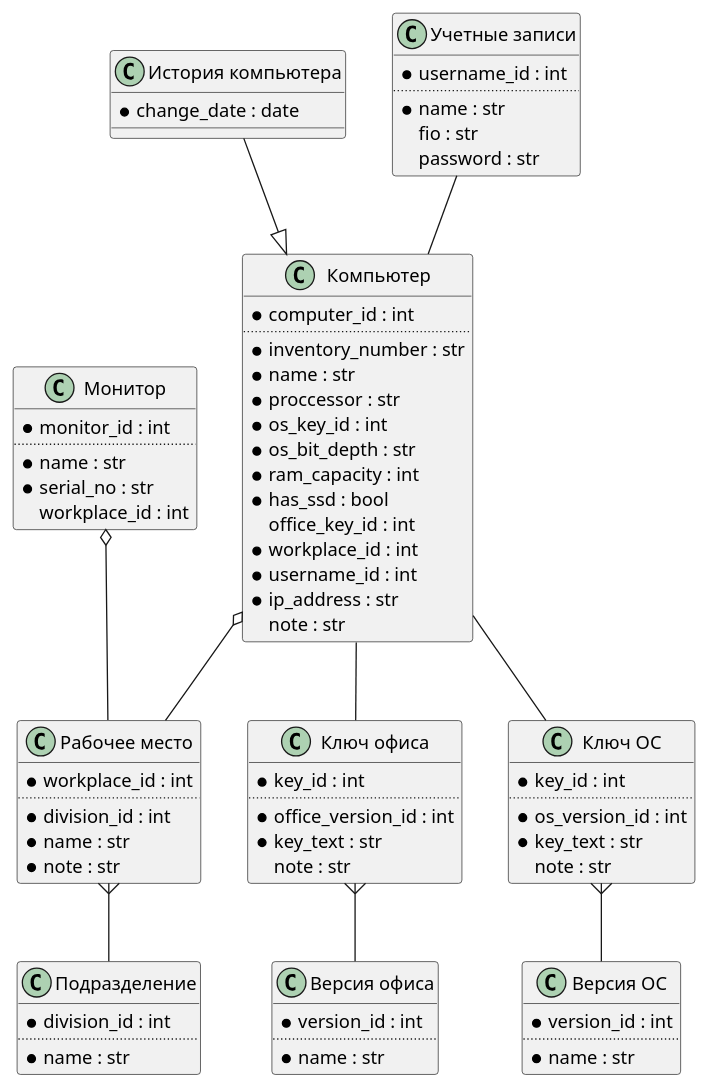
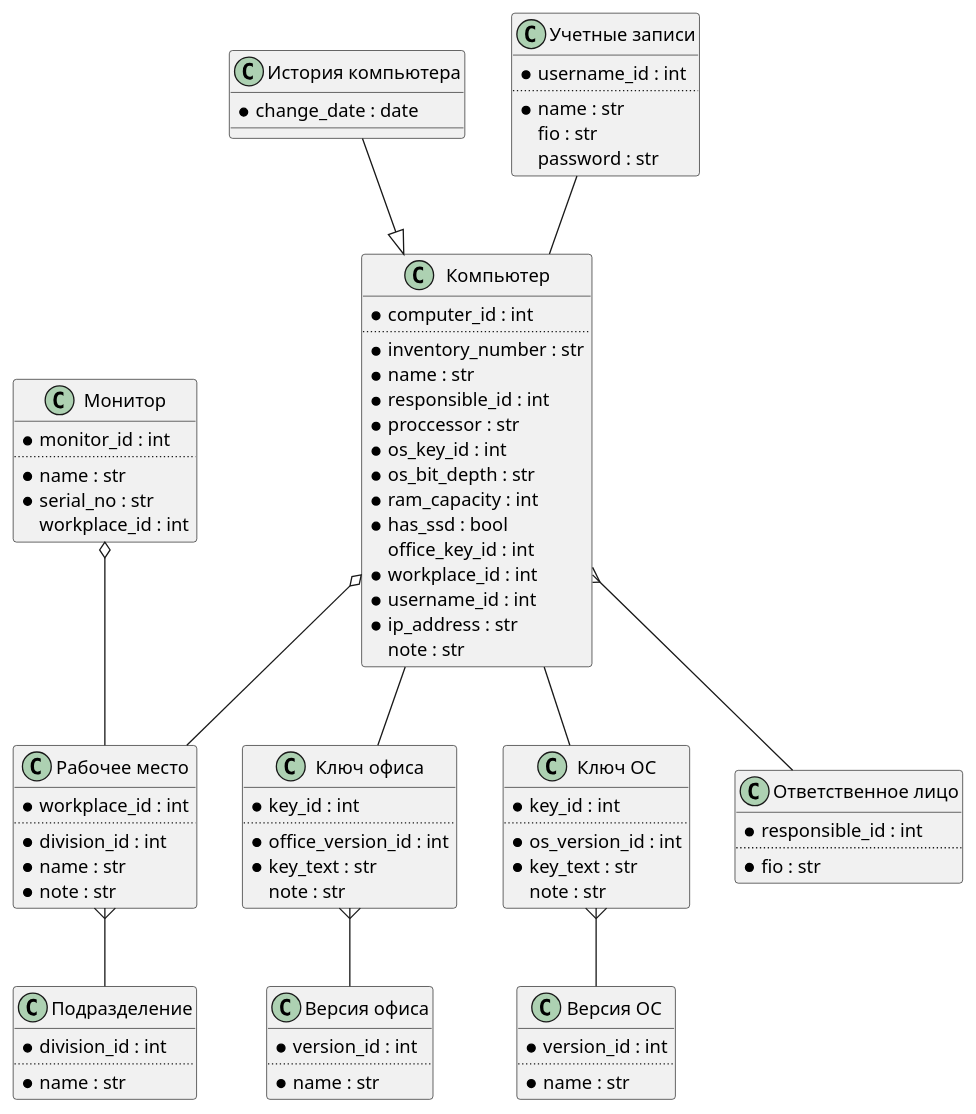
The diagram in database.plantuml (IamEvrik/ipce), drawn with PlantUML before and after one commit. The commit also changed 4 other files, not shown here.

```diff
--- a/database.plantuml
+++ b/database.plantuml
@@ -1,92 +1,101 @@
 @startuml
 
 class "Версия офиса" as OfficeVersion {
 	{field} *version_id : int
 	..
 	{field} *name : str
 }
 
 class "Ключ офиса" as OfficeKey {
 	{field} *key_id : int
 	..
 	{field} *office_version_id : int
 	{field} *key_text : str
 	{field} note : str
 }
 
 class "Версия ОС" as OSVersion {
 	{field} *version_id : int
 	..
 	{field} *name : str
 }
 
 class "Ключ ОС" as OSKey {
 	{field} *key_id : int
 	..
 	{field} *os_version_id : int
 	{field} *key_text : str
 	{field} note : str
 }
 
 class "Подразделение" as Division {
 	{field} *division_id : int
 	..
 	{field} *name : str
 }
 
 class "Рабочее место" as WorkPlace {
 	{field} *workplace_id : int
 	..
 	{field} *division_id : int
 	{field} *name : str
 	{field} *note : str
 } 
 
 class "Компьютер" as Computer {
 	{field} *computer_id : int
 	..
 	{field} *inventory_number : str
 	{field} *name : str
+	{field} *responsible_id : int
 	{field} *proccessor : str
 	{field} *os_key_id : int
 	{field} *os_bit_depth : str
 	{field} *ram_capacity : int
 	{field} *has_ssd : bool
 	{field} office_key_id : int
 	{field} *workplace_id : int
 	{field} *username_id : int
 	{field} *ip_address : str
 	{field} note : str
 }	
 
 class "История компьютера" as ComputerHistory {
 	{field} *change_date : date
 }
 
 class "Монитор" as Monitor {
 	{field} *monitor_id : int
 	..
 	{field} *name : str
 	{field} *serial_no : str
 	{field} workplace_id : int
 }
 
 class "Учетные записи" as UserName {
 	{field} *username_id : int
 	..
 	{field} *name : str
 	{field} fio : str
 	{field} password : str
 }
+
+class "Ответственное лицо" as Responsible {
+	{field} *responsible_id : int
+	..
+	{field} *fio : str
+} 
 		
 OfficeKey }-- OfficeVersion
 OSKey }-- OSVersion
 WorkPlace }-- Division	
 Computer -- OSKey
 Computer -- OfficeKey
 Computer o-- WorkPlace	
+Computer }-- Responsible
 ComputerHistory --|> Computer
 Monitor o-- WorkPlace
 UserName -- Computer
 
+
 @enduml
```
